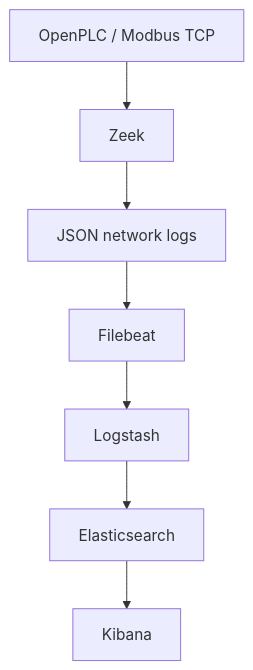
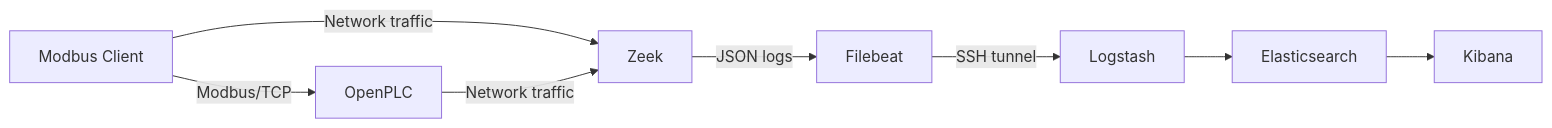
One commit to Mateuszo236/elk-ansible changed the diagram in README.md. Above: the diagram before and after it, drawn with Mermaid. The commit also changed other lines of this file, not shown here.

````diff
--- a/README.md
+++ b/README.md
@@ -9,9 +9,10 @@
 ```mermaid
-flowchart TD
-    A["OpenPLC / Modbus TCP"] --> B["Zeek"]
-    B --> C["JSON network logs"]
-    C --> D["Filebeat"]
-    D --> E["Logstash"]
+flowchart LR
+    A["Modbus Client"] -->|Modbus/TCP| B["OpenPLC"]
+    A -->|Network traffic| C["Zeek"]
+    B -->|Network traffic| C
+    C -->|JSON logs| D["Filebeat"]
+    D -->|SSH tunnel| E["Logstash"]
     E --> F["Elasticsearch"]
     F --> G["Kibana"]
 ```
````
